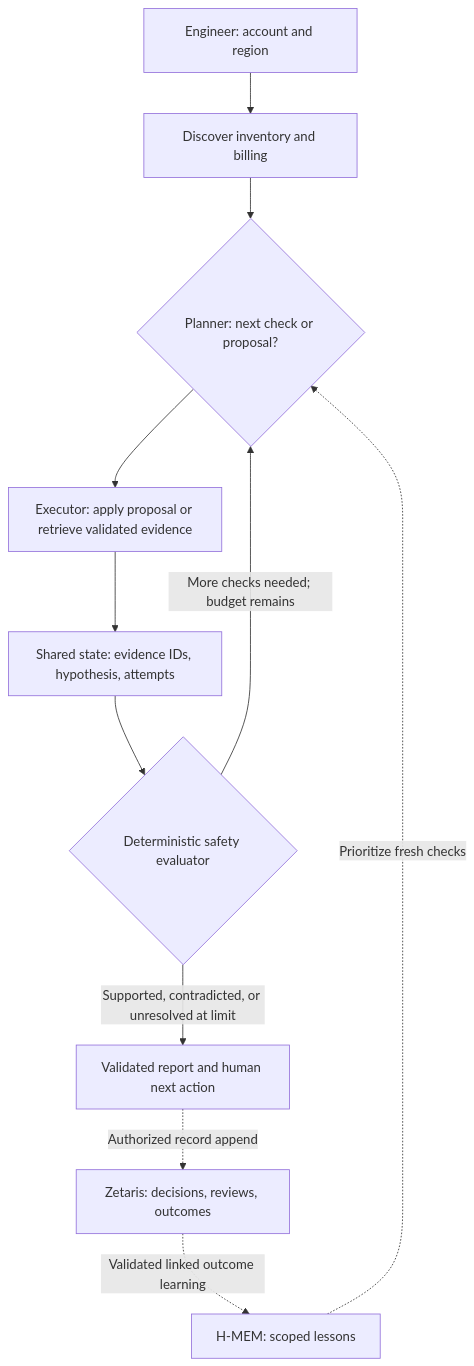
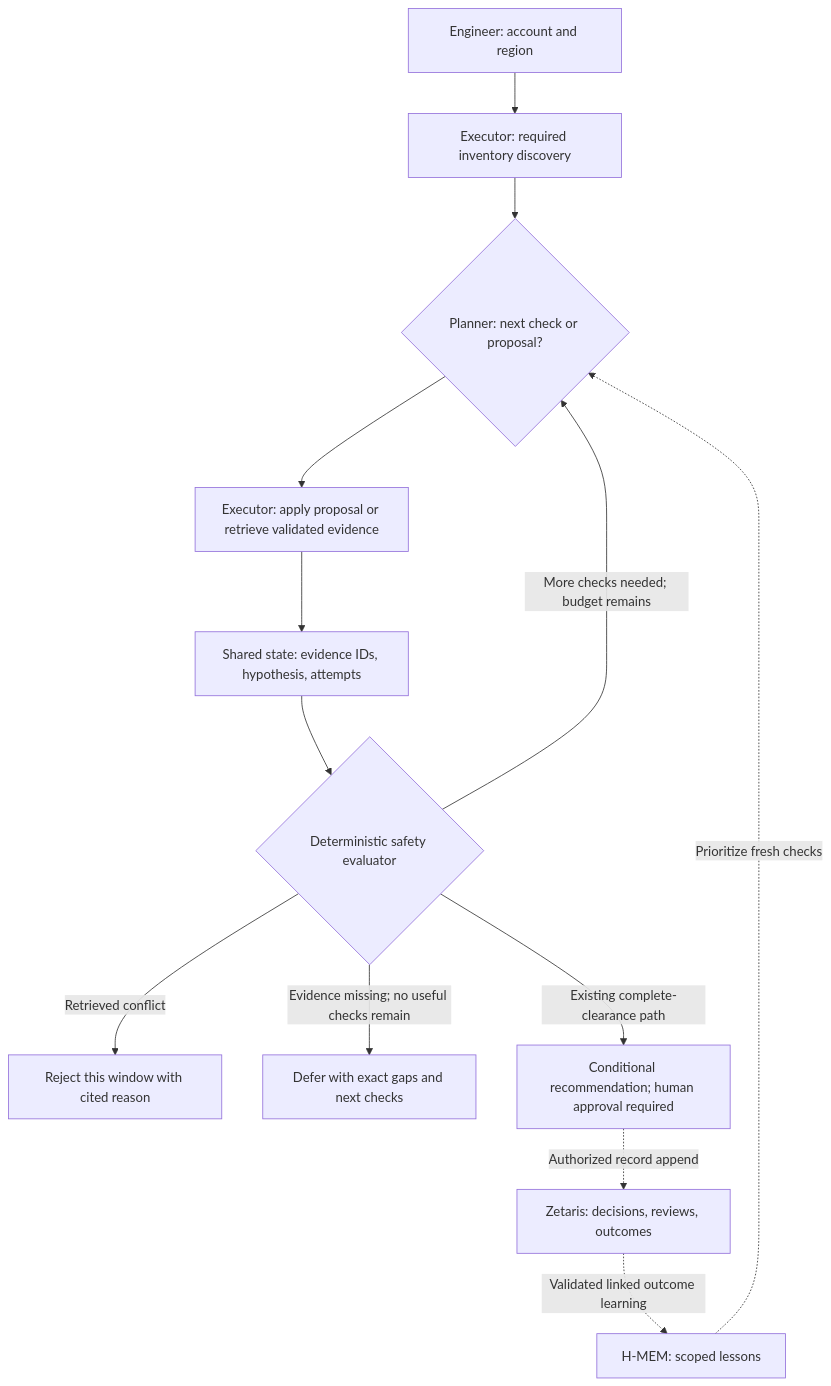
The diagram in slides.md (milaforge/cloud-cost-investigator), drawn with Mermaid before and after one commit. The commit also changed other lines of this file and 6 other files, not shown here.

Commit message:
docs: align CCI around conflicts and evidence gaps

````diff
--- a/slides.md
+++ b/slides.md
@@ -56,13 +55,15 @@
 ```mermaid
 flowchart TD
-    U[Engineer: account and region] --> D[Discover inventory and billing]
+    U[Engineer: account and region] --> D[Executor: required inventory discovery]
     D --> P{Planner: next check or proposal?}
     P --> X[Executor: apply proposal or retrieve validated evidence]
     X --> S[Shared state: evidence IDs, hypothesis, attempts]
     S --> E{Deterministic safety evaluator}
     E -->|More checks needed; budget remains| P
-    E -->|Supported, contradicted, or unresolved at limit| R[Validated report and human next action]
+    E -->|Retrieved conflict| R[Reject this window with cited reason]
+    E -->|Evidence missing; no useful checks remain| F[Defer with exact gaps and next checks]
+    E -->|Existing complete-clearance path| C[Conditional recommendation; human approval required]
     H[H-MEM: scoped lessons] -. Prioritize fresh checks .-> P
-    R -. Authorized record append .-> Z[Zetaris: decisions, reviews, outcomes]
+    C -. Authorized record append .-> Z[Zetaris: decisions, reviews, outcomes]
     Z -. Validated linked outcome learning .-> H
 ```
````
